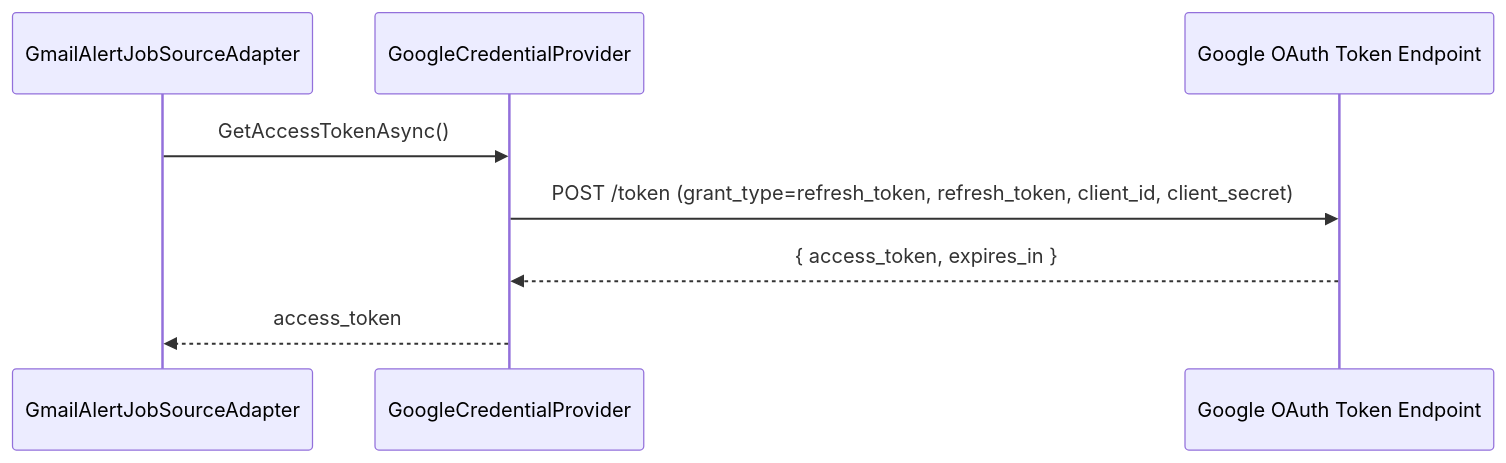
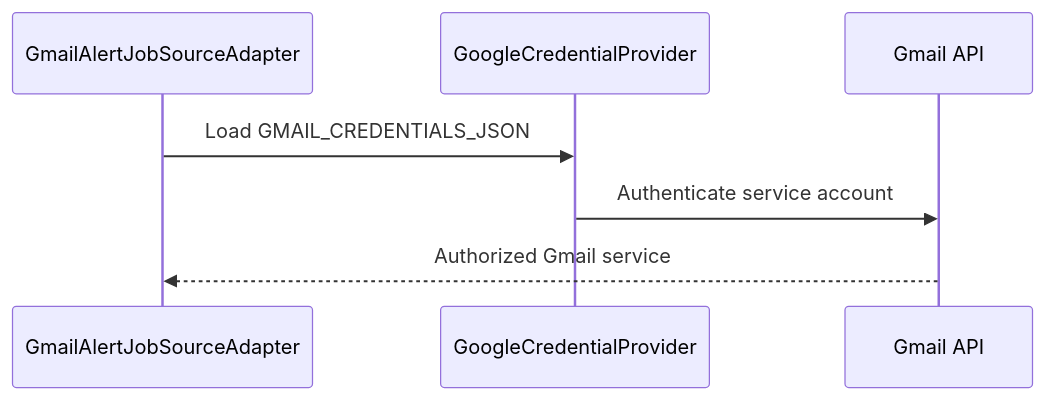
Before and after one commit to ekanatha-urivakili/AiJobSearchAgent: the seventh of 11 diagrams in docs/gmail-slack-integration.md, drawn with Mermaid. The commit also changed other lines of this file and 19 other files, not shown here.

````diff
--- a/docs/gmail-slack-integration.md
+++ b/docs/gmail-slack-integration.md
@@ -353,11 +353,10 @@
 ```mermaid
 sequenceDiagram
     participant GJSA as GmailAlertJobSourceAdapter
     participant GCP as GoogleCredentialProvider
-    participant GAuth as Google OAuth Token Endpoint
+    participant Gmail as Gmail API
 
-    GJSA->>GCP: GetAccessTokenAsync()
-    GCP->>GAuth: POST /token (grant_type=refresh_token, refresh_token, client_id, client_secret)
-    GAuth-->>GCP: { access_token, expires_in }
-    GCP-->>GJSA: access_token
+    GJSA->>GCP: Load GMAIL_CREDENTIALS_JSON
+    GCP->>Gmail: Authenticate service account
+    Gmail-->>GJSA: Authorized Gmail service
 ```
````
